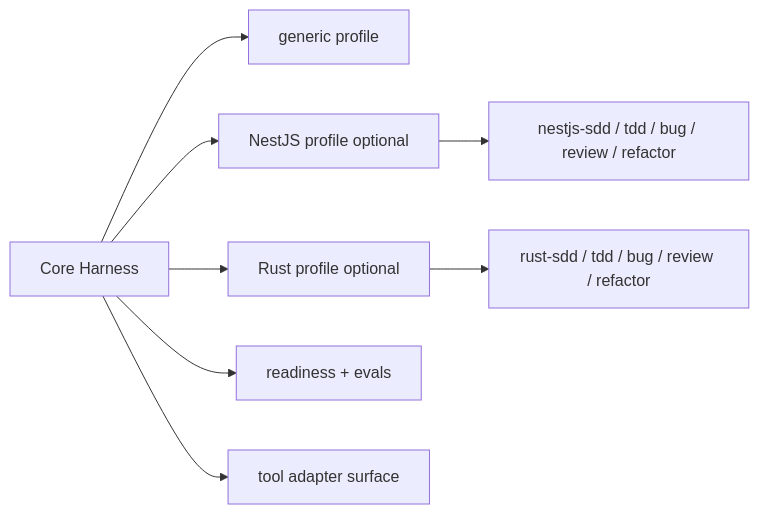
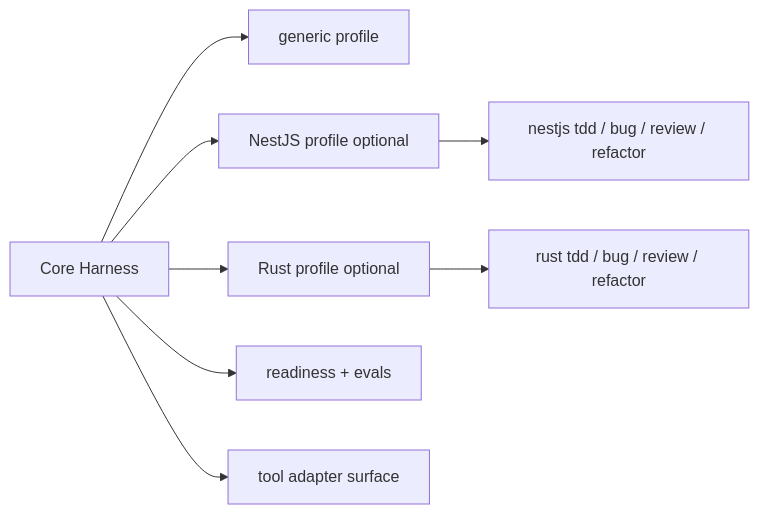
Before and after one commit to HoanDo95/CodexMinimal: the second of 8 diagrams in README.md, drawn with Mermaid. The commit also changed other lines of this file and 16 other files, not shown here.

````diff
--- a/README.md
+++ b/README.md
@@ -36,11 +36,11 @@
 ```mermaid
 flowchart LR
     Core[Core Harness] --> Generic[generic profile]
     Core --> Nest[NestJS profile optional]
     Core --> Rust[Rust profile optional]
     Core --> Checks[readiness + evals]
     Core --> Adapter[tool adapter surface]
 
-    Nest --> NS[nestjs-sdd / tdd / bug / review / refactor]
-    Rust --> RS[rust-sdd / tdd / bug / review / refactor]
+    Nest --> NS[nestjs tdd / bug / review / refactor]
+    Rust --> RS[rust tdd / bug / review / refactor]
 ```
````
